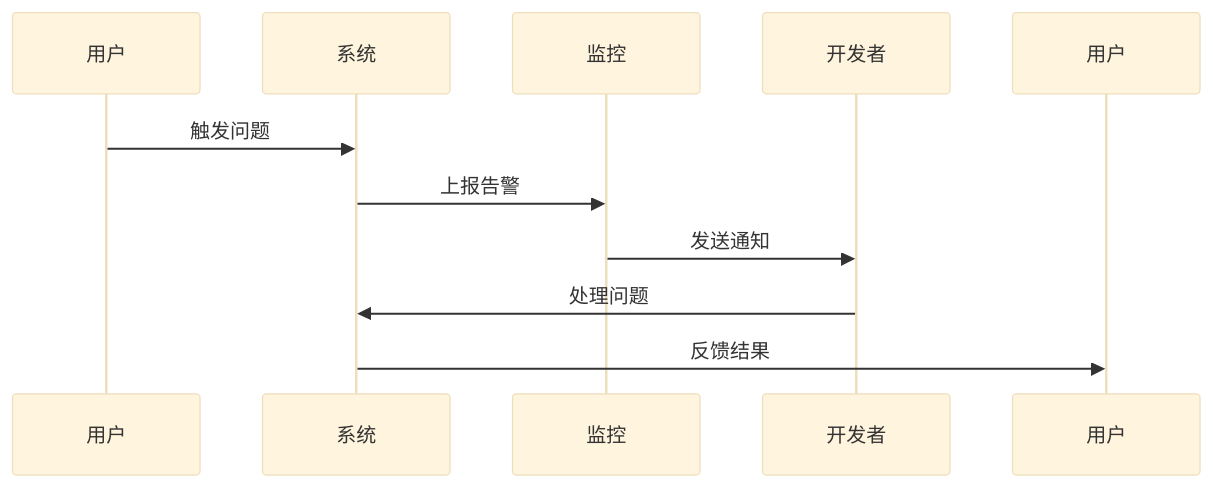
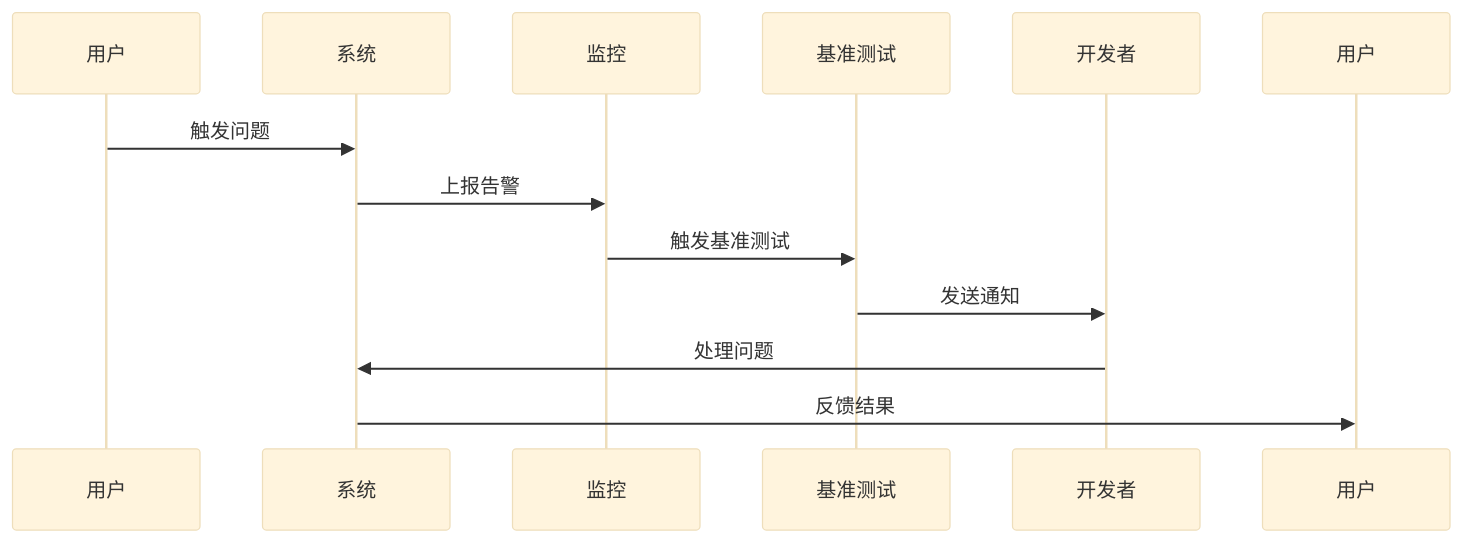
One commit to zhangxin19911211-creator/Project_BabyAssistant changed diagram 14 of 14 in .qoder/repowiki/zh/content/性能优化/性能监控方案.md. Above: the diagram before and after it, drawn with Mermaid (base theme). The commit also changed other lines of this file and 24 other files, not shown here.

````diff
--- a/.qoder/repowiki/zh/content/性能优化/性能监控方案.md
+++ b/.qoder/repowiki/zh/content/性能优化/性能监控方案.md
@@ -670,13 +889,15 @@
 ```mermaid
 sequenceDiagram
 participant User as 用户
 participant System as 系统
 participant Monitor as 监控
+participant Test as 基准测试
 participant Dev as 开发者
 participant User2 as 用户
 User->>System : 触发问题
 System->>Monitor : 上报告警
-Monitor->>Dev : 发送通知
+Monitor->>Test : 触发基准测试
+Test->>Dev : 发送通知
 Dev->>System : 处理问题
 System->>User2 : 反馈结果
 ```
````
